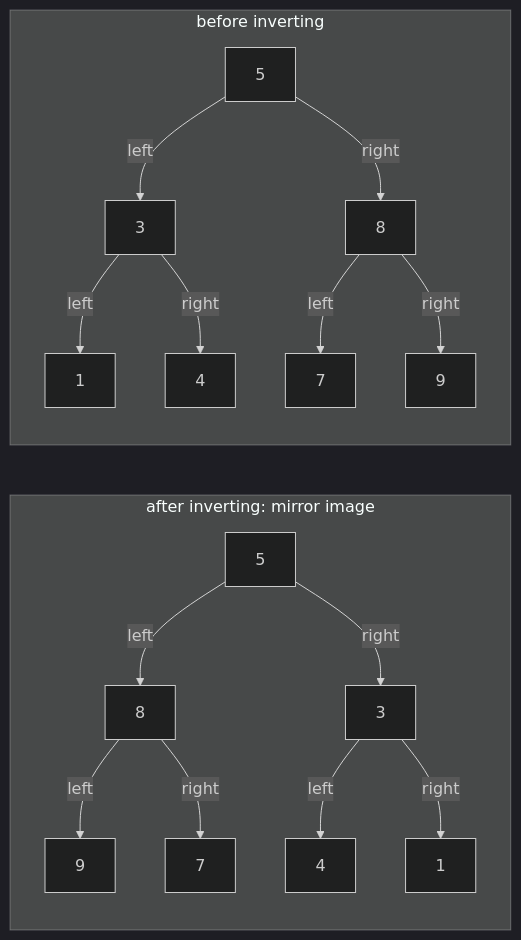
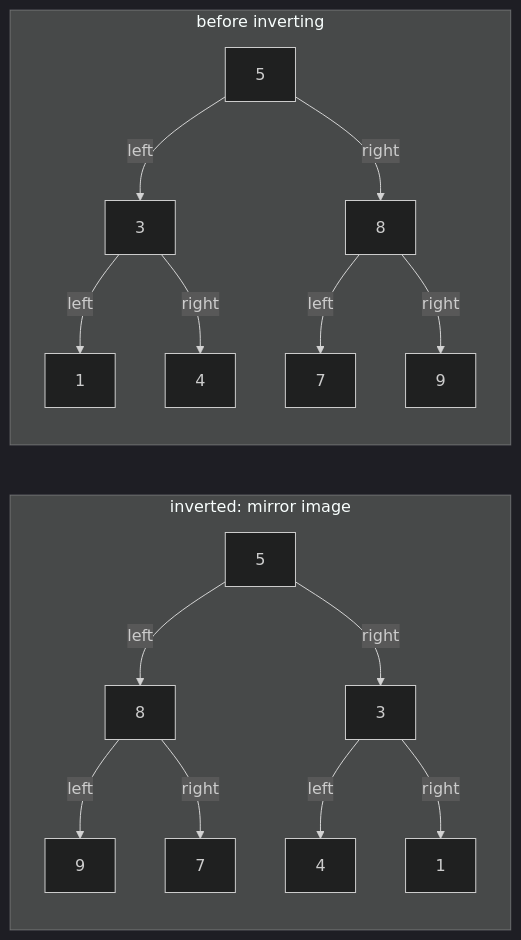
One commit to duongbui234/software-engineering-atlas changed the first of 2 diagrams in content/en/problems/invert-binary-tree.md. Above: the diagram before and after it, drawn with Mermaid (dark theme). The commit also changed other lines of this file and 134 other files, not shown here.

First line of the commit message:
Fit every Mermaid diagram at 390px without sideways scroll (#56)

````diff
--- a/content/en/problems/invert-binary-tree.md
+++ b/content/en/problems/invert-binary-tree.md
@@ -53,22 +53,22 @@
 ```mermaid
 flowchart TB
   subgraph TRUOC["before inverting"]
     direction TB
     A5["5"] -->|left| A3["3"]
     A5 -->|right| A8["8"]
     A3 -->|left| A1["1"]
     A3 -->|right| A4["4"]
     A8 -->|left| A7["7"]
     A8 -->|right| A9["9"]
   end
-  subgraph SAU["after inverting: mirror image"]
+  subgraph SAU["inverted: mirror image"]
     direction TB
     B5["5"] -->|left| B8["8"]
     B5 -->|right| B3["3"]
     B8 -->|left| B9["9"]
     B8 -->|right| B7["7"]
     B3 -->|left| B4["4"]
     B3 -->|right| B1["1"]
   end
   TRUOC ~~~ SAU
 ```
````
